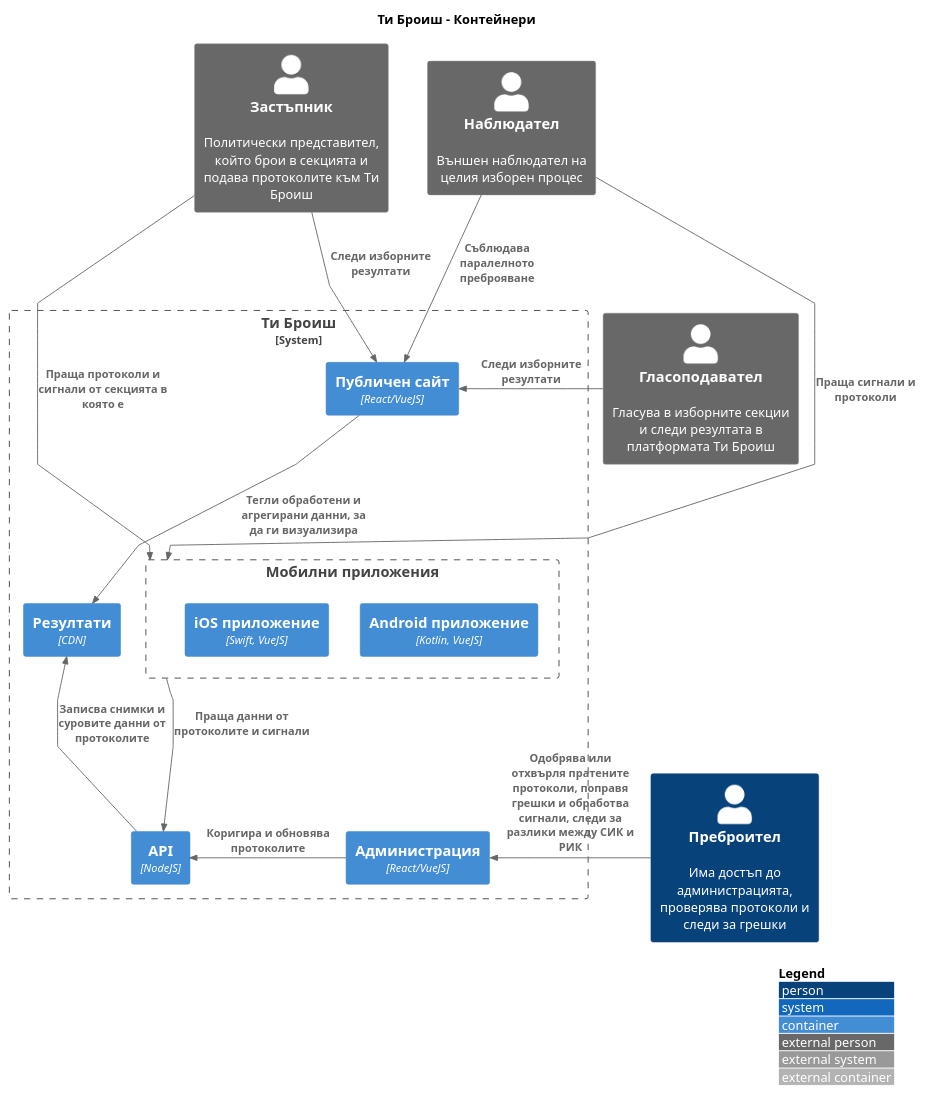
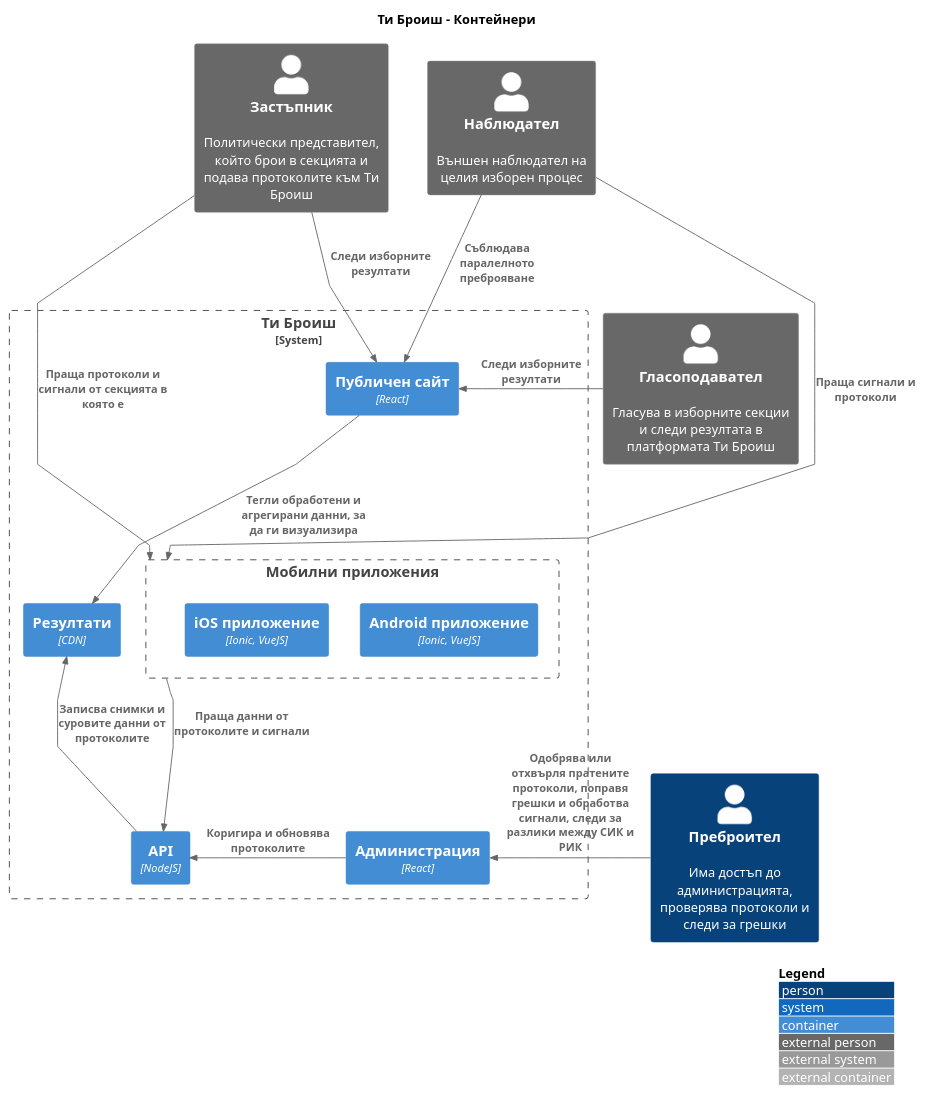
The diagram in src/Контекст/Ти Броиш/1.контейнери.puml (ti-broish/docs), drawn with PlantUML before and after one commit.

Commit message:
Specify mobile clients tech

```diff
--- a/src/Контекст/Ти Броиш/1.контейнери.puml
+++ b/src/Контекст/Ти Броиш/1.контейнери.puml
@@ -1,43 +1,43 @@
 @startuml
 !include https://raw.githubusercontent.com/adrianvlupu/C4-PlantUML/latest/C4_Container.puml
 
 LAYOUT_WITH_LEGEND()
 
 skinparam linetype polyline
 
 title Ти Броиш - Контейнери
 
 Person_Ext(voter, "Гласоподавател", "Гласува в изборните секции и следи резултата в платформата Ти Броиш")
 Person_Ext(representative, "Застъпник", "Политически представител, който брои в секцията и подава протоколите към Ти Броиш")
 Person_Ext(observer, "Наблюдател", "Външен наблюдател на целия изборен процес")
 Person(validator, "Преброител", "Има достъп до администрацията, проверява протоколи и следи за грешки")
 
 System_Boundary(you_count, "Ти Броиш") {
     Boundary(mobile_clients, "Мобилни приложения") {
-        Container(android_client, "Android приложение", "Kotlin, VueJS")
-        Container(ios_client, "iOS приложение", "Swift, VueJS")
+        Container(android_client, "Android приложение", "Ionic, VueJS")
+        Container(ios_client, "iOS приложение", "Ionic, VueJS")
     }
 
-    Container(web_client, "Публичен сайт", "React/VueJS")
-    Container(admin_client, "Администрация", "React/VueJS")
+    Container(web_client, "Публичен сайт", "React")
+    Container(admin_client, "Администрация", "React")
 
     Container(results, "Резултати", "CDN")
 
     Container(api, "API", "NodeJS")
 
     Rel(web_client, results, "Тегли обработени и агрегирани данни, за да ги визуализира")
     Rel(mobile_clients, api, "Праща данни от протоколите и сигнали")
 
     Rel_Left(admin_client, api, "Коригира и обновява протоколите")
     Rel_Up(api, results, "Записва снимки и суровите данни от протоколите")
 }
 
 Rel_Left(voter, web_client, "Следи изборните резултати")
 Rel(representative, mobile_clients, "Праща протоколи и сигнали от секцията в която е")
 Rel(representative, web_client, "Следи изборните резултати")
 Rel(observer, web_client, "Съблюдава паралелното преброяване")
 Rel(observer, mobile_clients, "Праща сигнали и протоколи")
 Rel_Left(validator, admin_client, "Одобрява или отхвърля пратените протоколи, поправя грешки и обработва сигнали, следи за разлики между СИК и РИК")
 
 
 @enduml
```
